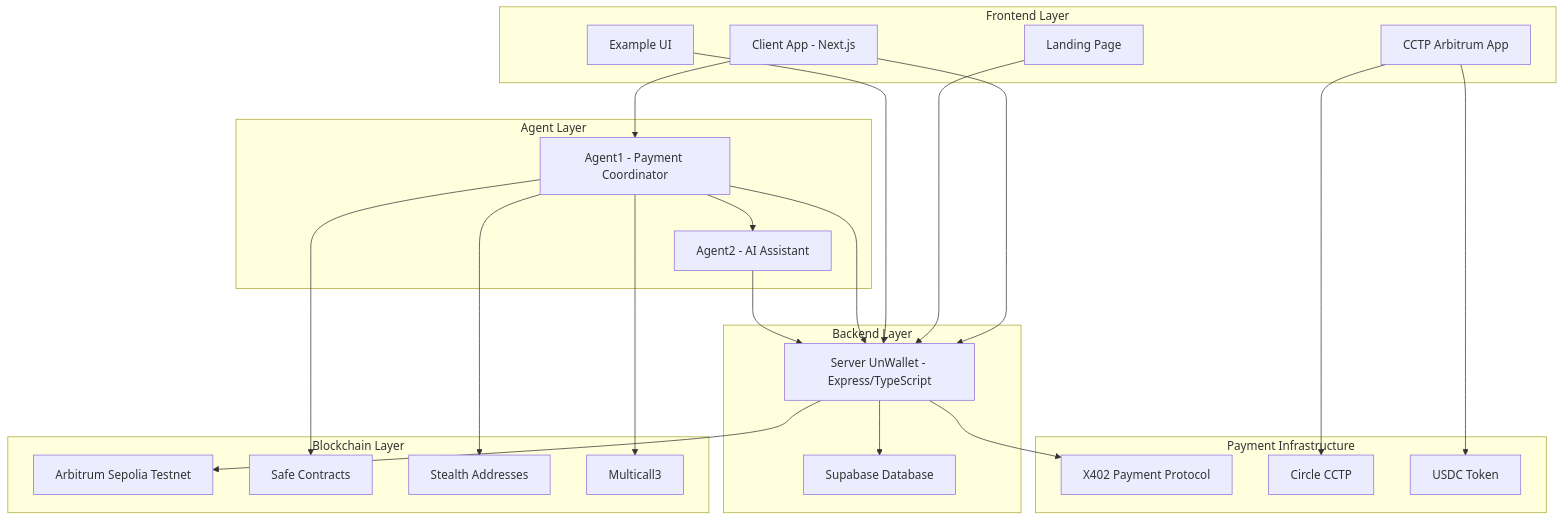
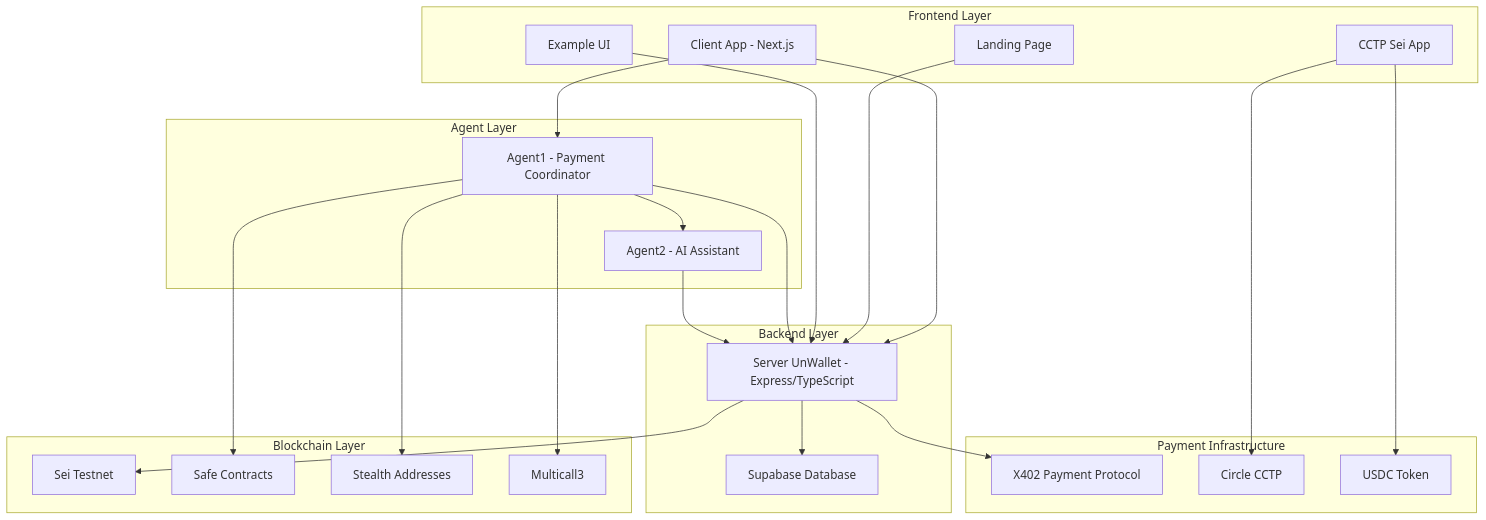
Before and after one commit to 0xunwallet/unwallet: the first of 5 diagrams in README.md, drawn with Mermaid. The commit also changed other lines of this file, not shown here.

````diff
--- a/README.md
+++ b/README.md
@@ -7,48 +7,48 @@
 ```mermaid
 graph TB
     subgraph "Frontend Layer"
         A[Client App - Next.js]
         B[Landing Page]
         C[Example UI]
-        D[CCTP Arbitrum App]
+        D[CCTP Sei App]
     end
     
     subgraph "Agent Layer"
         E[Agent1 - Payment Coordinator]
         F[Agent2 - AI Assistant]
     end
     
     subgraph "Backend Layer"
         G[Server UnWallet - Express/TypeScript]
         H[Supabase Database]
     end
     
     subgraph "Blockchain Layer"
-        I[Arbitrum Sepolia Testnet]
+        I[Sei Testnet]
         J[Safe Contracts]
         K[Stealth Addresses]
         L[Multicall3]
     end
     
     subgraph "Payment Infrastructure"
         M[X402 Payment Protocol]
         N[Circle CCTP]
         O[USDC Token]
     end
     
     A --> E
     A --> G
     B --> G
     C --> G
     D --> N
     E --> F
     E --> G
     F --> G
     G --> H
     G --> I
     E --> J
     E --> K
     E --> L
     G --> M
     D --> O
 ```
````
